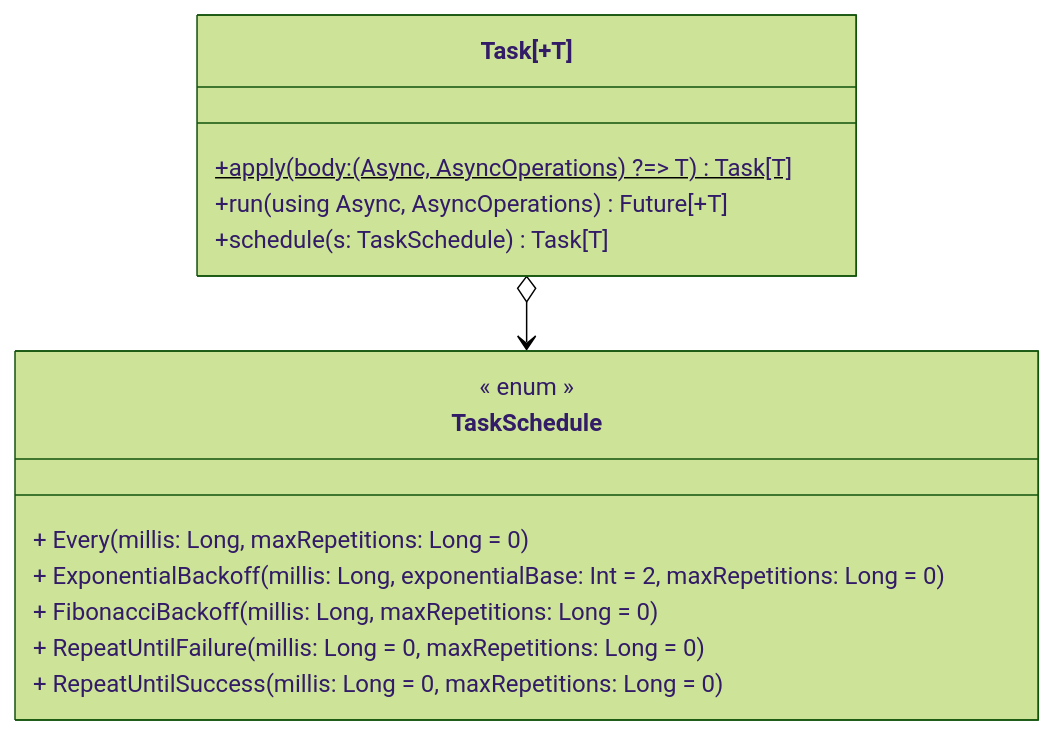
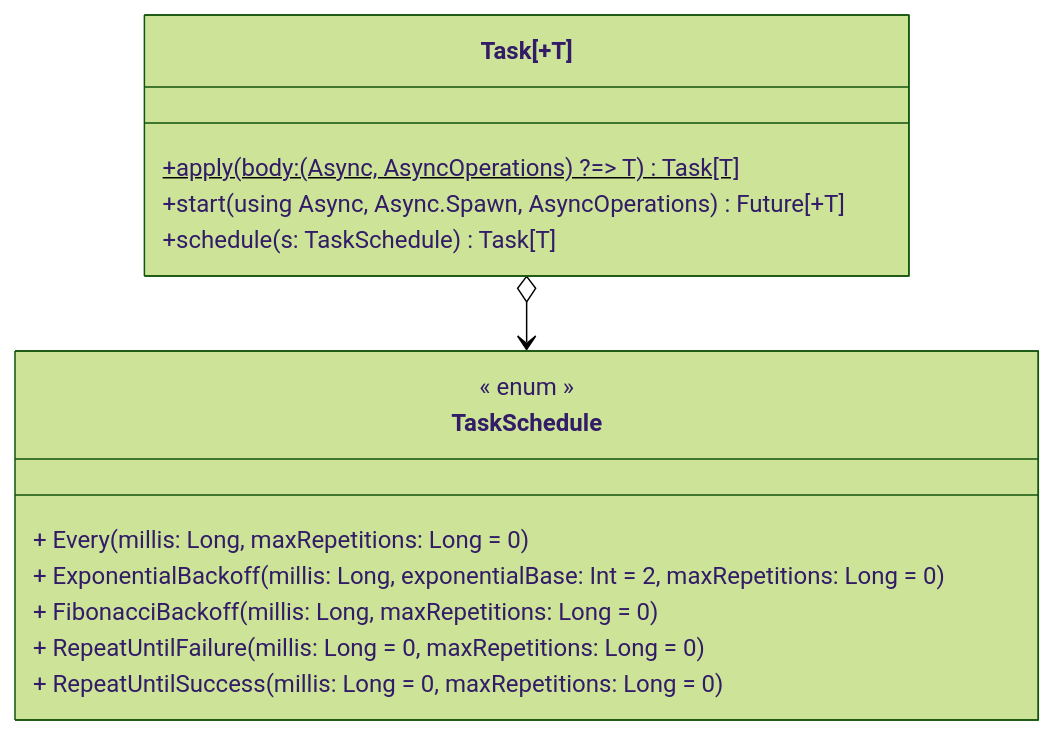
One commit to tassiluca/direct-style-experiments changed the first of 2 diagrams in docs/site/content/docs/05-rears.md. Above: the diagram before and after it, drawn with Mermaid (forest theme). The commit also changed other lines of this file and 7 other files, not shown here.

```diff
--- a/docs/site/content/docs/05-rears.md
+++ b/docs/site/content/docs/05-rears.md
@@ -23,19 +23,19 @@
 {{< mermaid class="smaller" >}}
 classDiagram
   class `Task[+T]` {
     +apply(body: (Async, AsyncOperations) ?=> T) Task[T]$
-    +run(using Async, AsyncOperations) Future[+T]
+    +start(using Async, Async.Spawn, AsyncOperations) Future[+T]
     +schedule(s: TaskSchedule) Task[T]
   }
 
   `Task[+T]` o--> TaskSchedule
 
   class TaskSchedule {
     << enum >>
     + Every(millis: Long, maxRepetitions: Long = 0)
     + ExponentialBackoff(millis: Long, exponentialBase: Int = 2, maxRepetitions: Long = 0)
     + FibonacciBackoff(millis: Long, maxRepetitions: Long = 0)
     + RepeatUntilFailure(millis: Long = 0, maxRepetitions: Long = 0)
     + RepeatUntilSuccess(millis: Long = 0, maxRepetitions: Long = 0)
   }
 {{< /mermaid >}}
```
